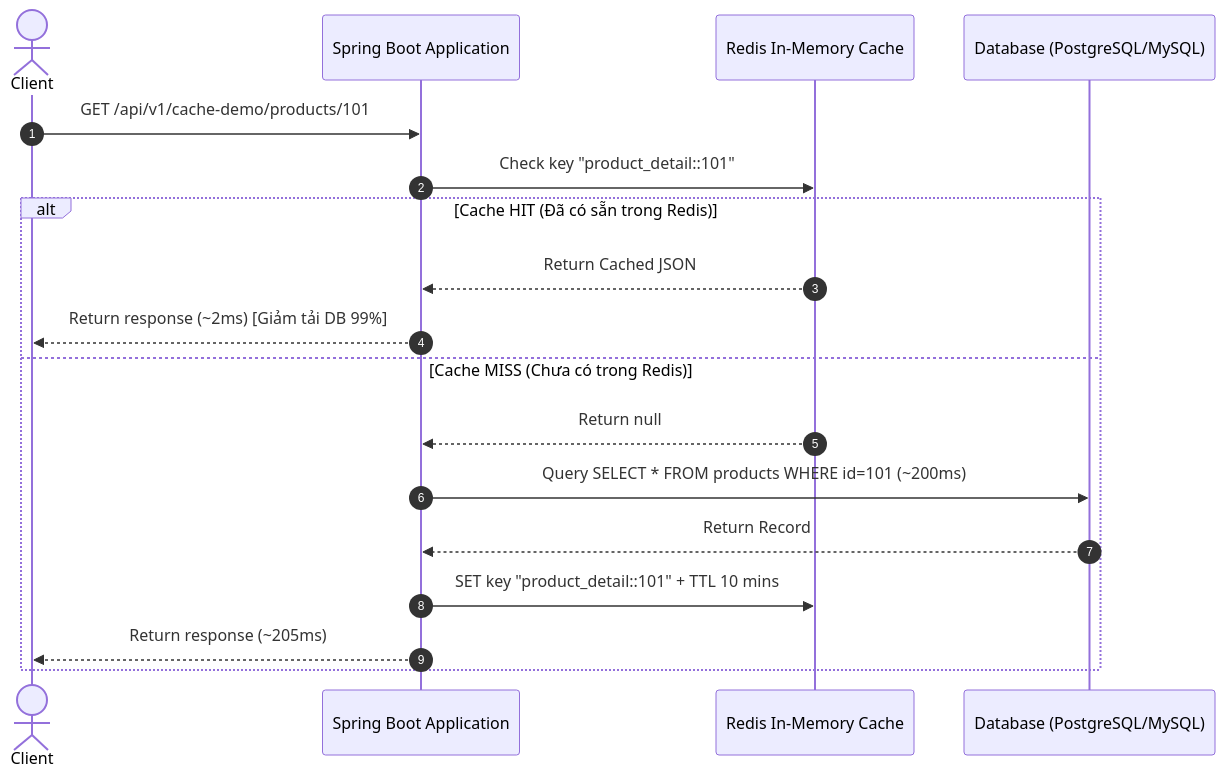
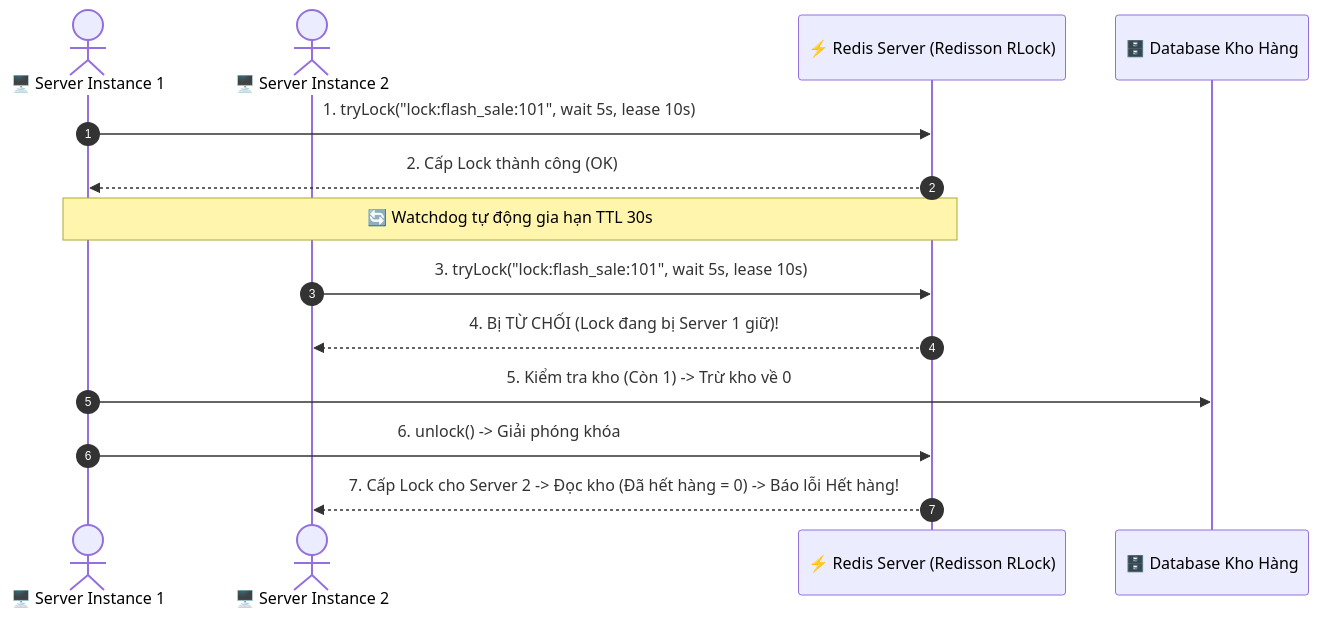
One commit to dragon-ball-dev/spring-boot-master-class changed the fifth of 5 diagrams in README.md. Above: the diagram before and after it, drawn with Mermaid. The commit also changed other lines of this file and 9 other files, not shown here.

````diff
--- a/README.md
+++ b/README.md
@@ -1391,22 +1390,20 @@
 ```mermaid
 sequenceDiagram
     autonumber
-    actor Client
-    participant App as Spring Boot Application
-    participant Redis as Redis In-Memory Cache
-    participant DB as Database (PostgreSQL/MySQL)
+    actor Server1 as 🖥️ Server Instance 1
+    actor Server2 as 🖥️ Server Instance 2
+    participant Redis as ⚡ Redis Server (Redisson RLock)
+    participant DB as 🗄️ Database Kho Hàng
 
-    Client->>App: GET /api/v1/cache-demo/products/101
-    App->>Redis: Check key "product_detail::101"
-    
-    alt Cache HIT (Đã có sẵn trong Redis)
-        Redis-->>App: Return Cached JSON
-        App-->>Client: Return response (~2ms) [Giảm tải DB 99%]
-    else Cache MISS (Chưa có trong Redis)
-        Redis-->>App: Return null
-        App->>DB: Query SELECT * FROM products WHERE id=101 (~200ms)
-        DB-->>App: Return Record
-        App->>Redis: SET key "product_detail::101" + TTL 10 mins
-        App-->>Client: Return response (~205ms)
-    end
+    Server1->>Redis: 1. tryLock("lock:flash_sale:101", wait 5s, lease 10s)
+    Redis-->>Server1: 2. Cấp Lock thành công (OK)
+    Note over Server1,Redis: 🔄 Watchdog tự động gia hạn TTL 30s
+
+    Server2->>Redis: 3. tryLock("lock:flash_sale:101", wait 5s, lease 10s)
+    Redis-->>Server2: 4. Bị TỪ CHỐI (Lock đang bị Server 1 giữ)!
+
+    Server1->>DB: 5. Kiểm tra kho (Còn 1) -> Trừ kho về 0
+    Server1->>Redis: 6. unlock() -> Giải phóng khóa
+
+    Redis-->>Server2: 7. Cấp Lock cho Server 2 -> Đọc kho (Đã hết hàng = 0) -> Báo lỗi Hết hàng!
 ```
````
